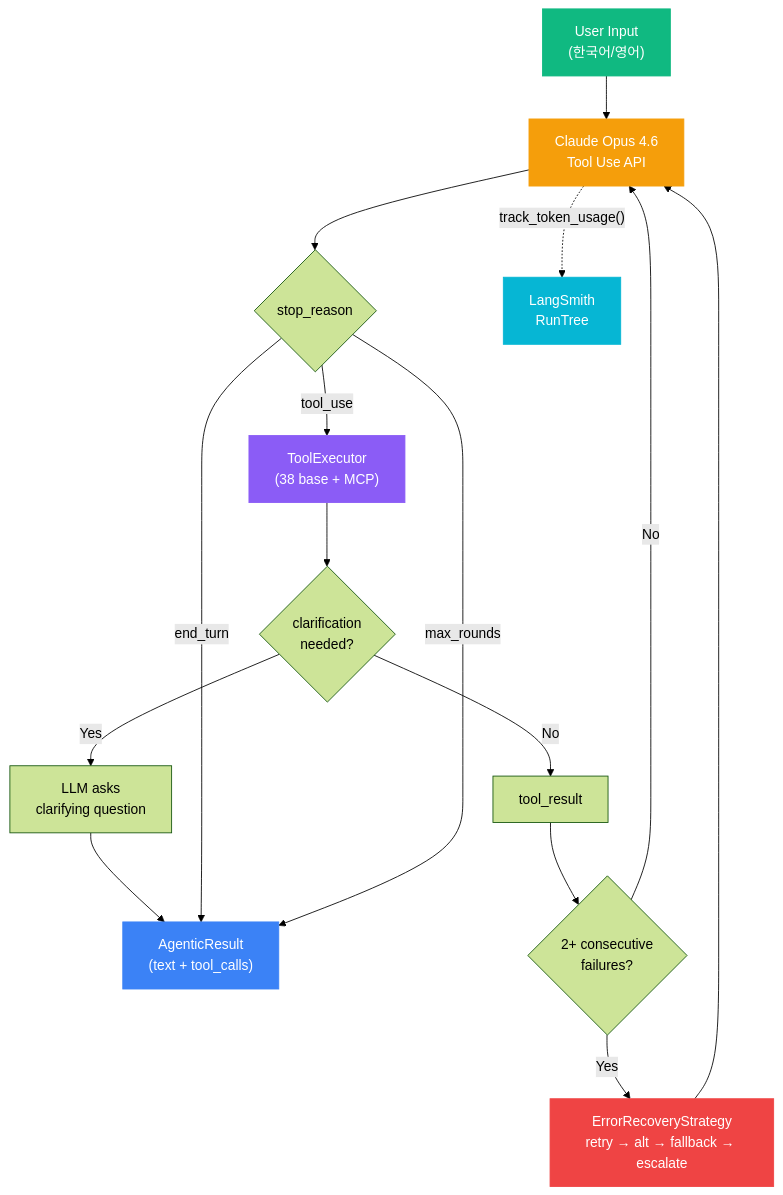
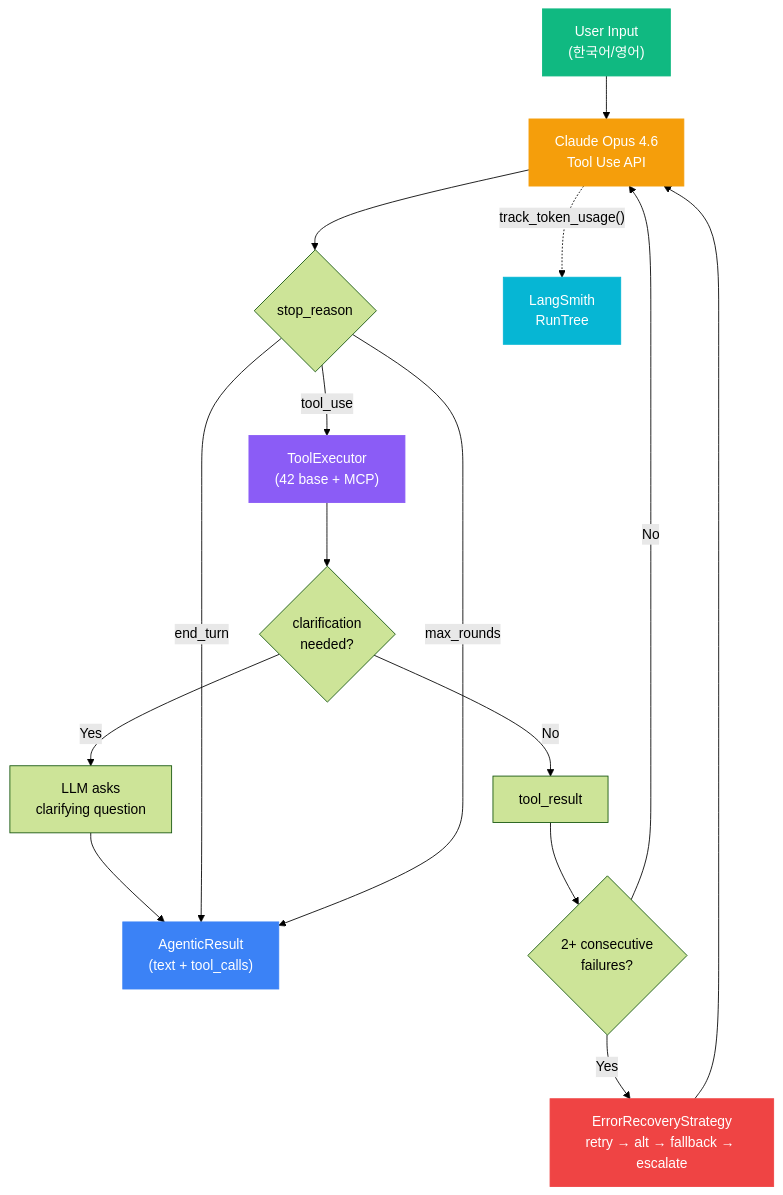
One commit to mangowhoiscloud/geode changed the third of 12 diagrams in README.md. Above: the diagram before and after it, drawn with Mermaid (forest theme). The commit also changed other lines of this file, not shown here.

Commit message:
docs: README Highlights 보강 + Mermaid 정합성 수정 (42 tools, 4-tier memory, Token Guard unlimited)

````diff
--- a/README.md
+++ b/README.md
@@ -155,25 +201,25 @@
 ```mermaid
 graph TB
     Input["User Input<br/>(한국어/영어)"] --> LLM["Claude Opus 4.6<br/>Tool Use API"]
     LLM --> Decision{stop_reason}
-    Decision -->|tool_use| Exec["ToolExecutor<br/>(38 base + MCP)"]
+    Decision -->|tool_use| Exec["ToolExecutor<br/>(42 base + MCP)"]
     Exec --> Check{clarification<br/>needed?}
     Check -->|Yes| Clarify["LLM asks<br/>clarifying question"]
     Clarify --> Output
     Check -->|No| Results["tool_result"]
     Results --> Recovery{"2+ consecutive<br/>failures?"}
     Recovery -->|Yes| ER["ErrorRecoveryStrategy<br/>retry → alt → fallback → escalate"]
     ER --> LLM
     Recovery -->|No| LLM
     Decision -->|end_turn| Output["AgenticResult<br/>(text + tool_calls)"]
     Decision -->|max_rounds| Output
 
     LLM -.->|"track_token_usage()"| LS["LangSmith<br/>RunTree"]
 
     style Input fill:#10b981,stroke:#10b981,color:#fff
     style Output fill:#3b82f6,stroke:#3b82f6,color:#fff
     style LLM fill:#f59e0b,stroke:#f59e0b,color:#fff
     style Exec fill:#8b5cf6,stroke:#8b5cf6,color:#fff
     style LS fill:#06b6d4,stroke:#06b6d4,color:#fff
     style ER fill:#ef4444,stroke:#ef4444,color:#fff
 ```
````
